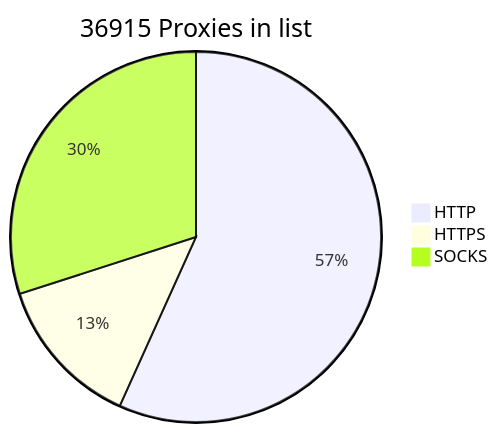
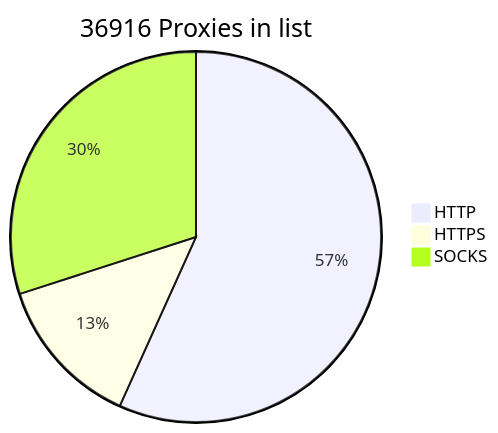
The diagram in README.md (BlackSnowDot/proxylist-update-every-minute), drawn with Mermaid before and after one commit.

````diff
--- a/README.md
+++ b/README.md
@@ -2,6 +2,6 @@
 ```mermaid
-pie title 36915 Proxies in list
+pie title 36916 Proxies in list
     "HTTP" : 23286
     "HTTPS": 5451
-    "SOCKS" : 12297
+    "SOCKS" : 12298
 ```
````
